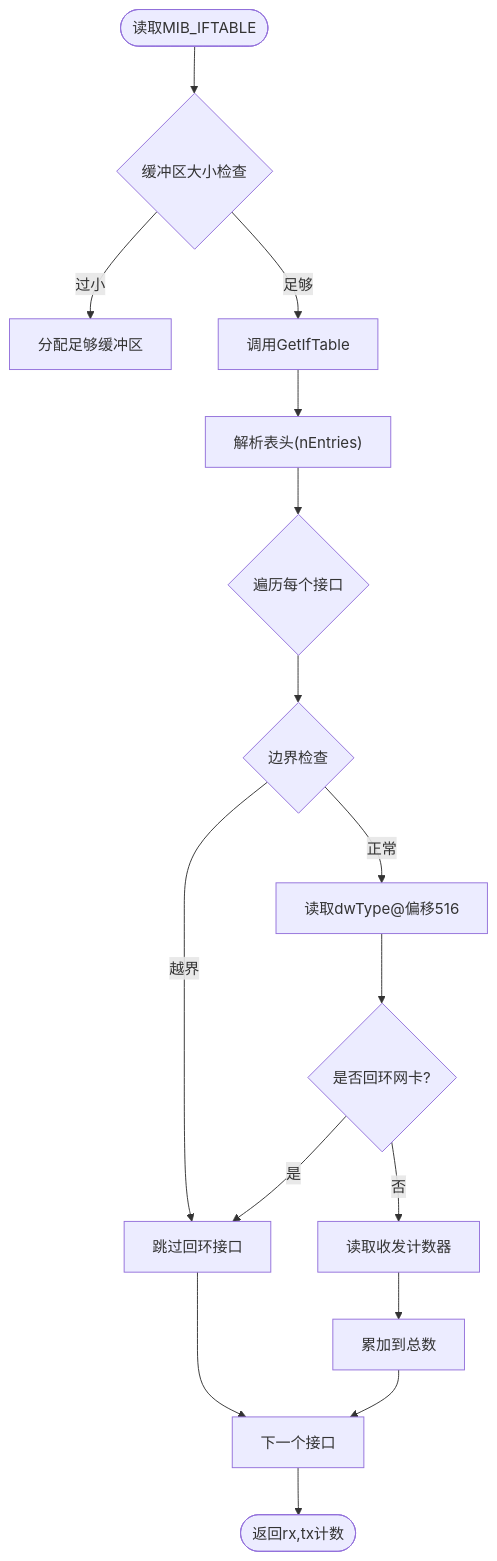
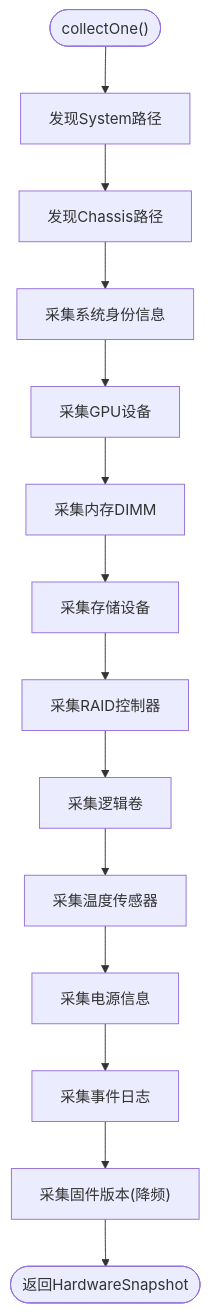
Before and after one commit to sreyun/aiops-monitor: the fourth of 6 diagrams in .qoder/repowiki/zh/content/架构设计/Agent 客户端架构/NetFlow网络流量采集器.md, drawn with Mermaid. The commit also changed other lines of this file and 38 other files, not shown here.

````diff
--- a/.qoder/repowiki/zh/content/架构设计/Agent 客户端架构/NetFlow网络流量采集器.md
+++ b/.qoder/repowiki/zh/content/架构设计/Agent 客户端架构/NetFlow网络流量采集器.md
@@ -279,18 +291,16 @@
 ```mermaid
 flowchart TD
-Start(["读取MIB_IFTABLE"]) --> CheckSize{"缓冲区大小检查"}
-CheckSize -- 过小 --> AllocBuf["分配足够缓冲区"]
-CheckSize -- 足够 --> CallAPI["调用GetIfTable"]
-CallAPI --> ParseHeader["解析表头(nEntries)"]
-ParseHeader --> LoopInterfaces{"遍历每个接口"}
-LoopInterfaces --> CheckBounds{"边界检查"}
-CheckBounds -- 越界 --> Skip["跳过该接口"]
-CheckBounds -- 正常 --> ReadType["读取dwType@偏移516"]
-ReadType --> IsLoopback{"是否回环网卡?"}
-IsLoopback -- 是 --> Skip["跳过回环接口"]
-IsLoopback -- 否 --> ReadCounters["读取收发计数器"]
-ReadCounters --> Accumulate["累加到总数"]
-Accumulate --> NextInterface["下一个接口"]
-Skip --> NextInterface
-NextInterface --> End(["返回rx,tx计数"])
+Start(["collectOne()"]) --> DiscoverSys["发现System路径"]
+DiscoverSys --> GetChassis["发现Chassis路径"]
+GetChassis --> CollectSystem["采集系统身份信息"]
+CollectSystem --> CollectGPUs["采集GPU设备"]
+CollectGPUs --> CollectMemory["采集内存DIMM"]
+CollectMemory --> CollectStorage["采集存储设备"]
+CollectStorage --> CollectRAID["采集RAID控制器"]
+CollectRAID --> CollectVolumes["采集逻辑卷"]
+CollectVolumes --> CollectThermal["采集温度传感器"]
+CollectThermal --> CollectPower["采集电源信息"]
+CollectPower --> CollectEvents["采集事件日志"]
+CollectEvents --> CollectFirmware["采集固件版本(降频)"]
+CollectFirmware --> End(["返回HardwareSnapshot"])
 ```
````
